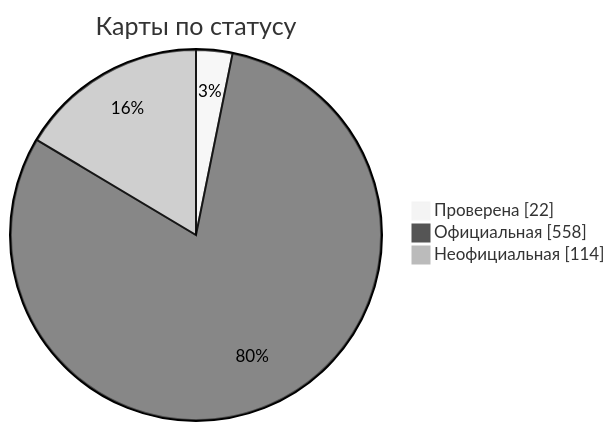
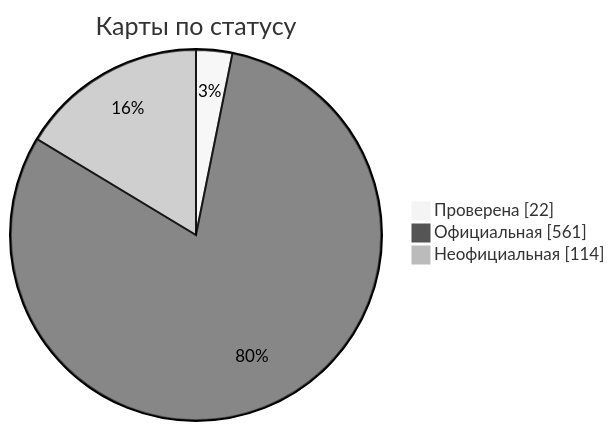
The diagram in docs/readme/README_RU.md (nobrega8/mbmap-library), drawn with Mermaid (neutral theme) before and after one commit. The commit also changed 8 other files, not shown here.

````diff
--- a/docs/readme/README_RU.md
+++ b/docs/readme/README_RU.md
@@ -54,7 +54,7 @@
 ```mermaid
 pie showData
     title Карты по статусу
     "Проверена" : 22
-    "Официальная" : 558
+    "Официальная" : 561
     "Неофициальная" : 114
 ```
````
